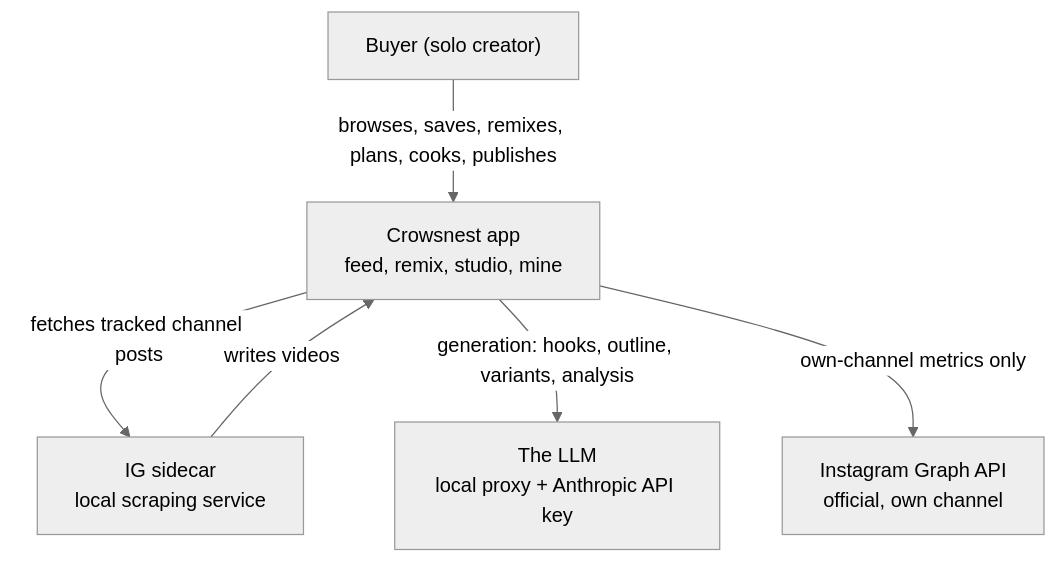
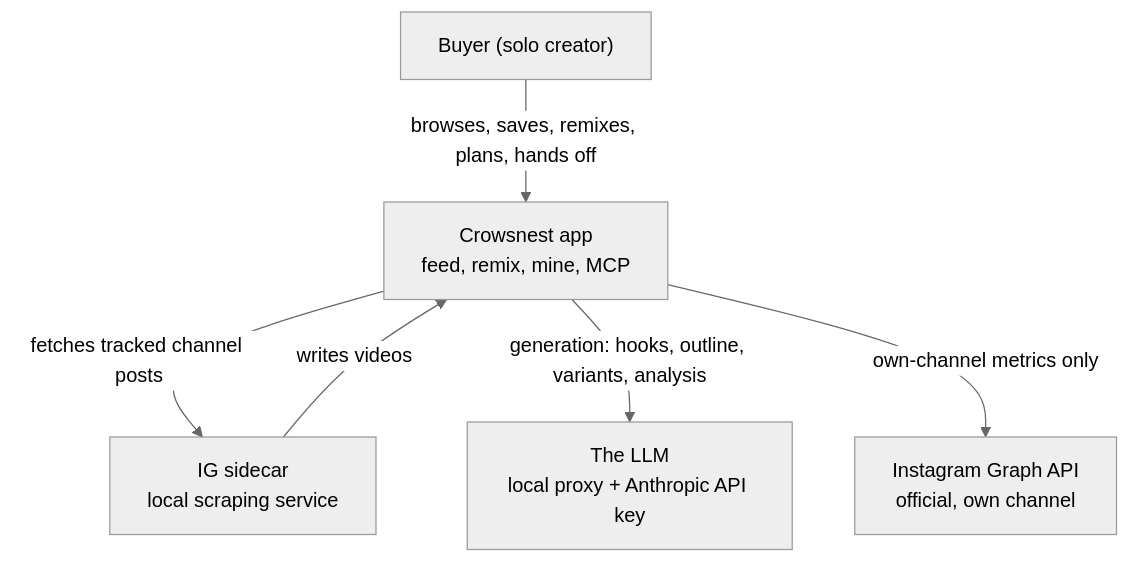
The diagram in documents/business-requirement/brd/crowsnest/01-concept-research.md (Kaiships-ai/crowsnest), drawn with Mermaid (neutral theme) before and after one commit. The commit also changed other lines of this file and 5 other files, not shown here.

````diff
--- a/documents/business-requirement/brd/crowsnest/01-concept-research.md
+++ b/documents/business-requirement/brd/crowsnest/01-concept-research.md
@@ -81,8 +81,8 @@
 ```mermaid
 flowchart TB
-    B["Buyer (solo creator)"] -->|browses, saves, remixes, plans, cooks, publishes| APP
-    APP["Crowsnest app<br/>feed, remix, studio, mine"] -->|fetches tracked channel posts| IG["IG sidecar<br/>local scraping service"]
+    B["Buyer (solo creator)"] -->|browses, saves, remixes, plans, hands off| APP
+    APP["Crowsnest app<br/>feed, remix, mine, MCP"] -->|fetches tracked channel posts| IG["IG sidecar<br/>local scraping service"]
     APP -->|generation: hooks, outline, variants, analysis| LLM["The LLM<br/>local proxy + Anthropic API key"]
     APP -->|own-channel metrics only| GRAPH["Instagram Graph API<br/>official, own channel"]
     IG -->|writes videos| APP
 ```
````
